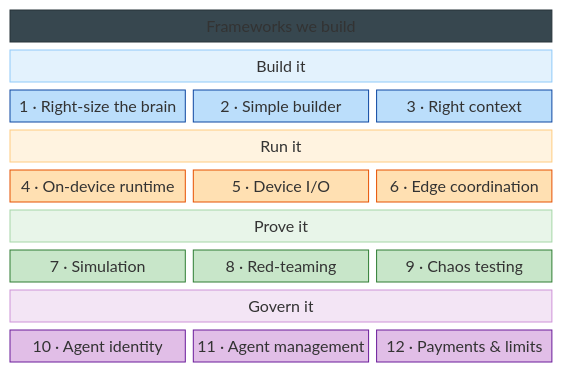
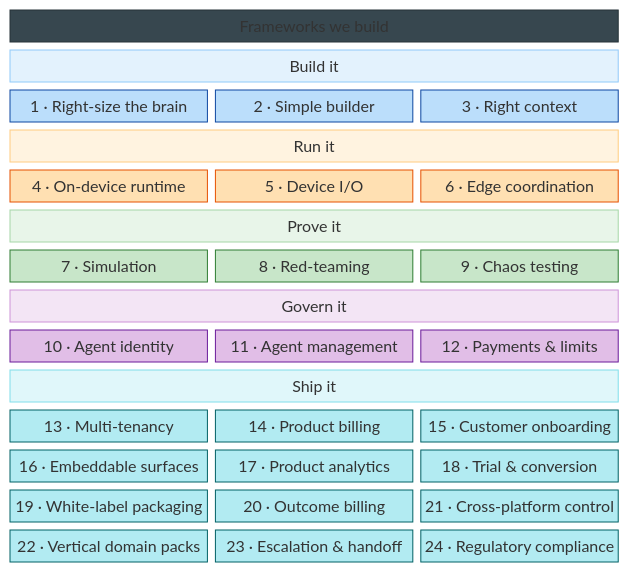
The fourth of 5 diagrams in docs-michael/agentic-stack-vertical.md (michaelatamuk/agentic-desk), drawn with Mermaid before and after one commit. The commit also changed other lines of this file, not shown here.

````diff
--- a/docs-michael/agentic-stack-vertical.md
+++ b/docs-michael/agentic-stack-vertical.md
@@ -111,38 +130,64 @@
 ```mermaid
 block-beta
   columns 3
   H1["Frameworks we build"]:3
   G1["Build it"]:3
   F1["1 · Right-size the brain"]:1
   F2["2 · Simple builder"]:1
   F3["3 · Right context"]:1
   G2["Run it"]:3
   F4["4 · On-device runtime"]:1
   F5["5 · Device I/O"]:1
   F6["6 · Edge coordination"]:1
   G3["Prove it"]:3
   F7["7 · Simulation"]:1
   F8["8 · Red-teaming"]:1
   F9["9 · Chaos testing"]:1
   G4["Govern it"]:3
   F10["10 · Agent identity"]:1
   F11["11 · Agent management"]:1
   F12["12 · Payments & limits"]:1
   style H1 fill:#37474f,color:#ffffff,stroke:#263238
   style G1 fill:#e3f2fd,color:#0d47a1,stroke:#90caf9
   style G2 fill:#fff3e0,color:#e65100,stroke:#ffcc80
   style G3 fill:#e8f5e9,color:#2e7d32,stroke:#a5d6a7
   style G4 fill:#f3e5f5,color:#6a1b9a,stroke:#ce93d8
   style F1 fill:#bbdefb,stroke:#0d47a1,color:#000000
   style F2 fill:#bbdefb,stroke:#0d47a1,color:#000000
   style F3 fill:#bbdefb,stroke:#0d47a1,color:#000000
   style F4 fill:#ffe0b2,stroke:#e65100,color:#000000
   style F5 fill:#ffe0b2,stroke:#e65100,color:#000000
   style F6 fill:#ffe0b2,stroke:#e65100,color:#000000
   style F7 fill:#c8e6c9,stroke:#2e7d32,color:#000000
   style F8 fill:#c8e6c9,stroke:#2e7d32,color:#000000
   style F9 fill:#c8e6c9,stroke:#2e7d32,color:#000000
   style F10 fill:#e1bee7,stroke:#6a1b9a,color:#000000
   style F11 fill:#e1bee7,stroke:#6a1b9a,color:#000000
   style F12 fill:#e1bee7,stroke:#6a1b9a,color:#000000
+  G5["Ship it"]:3
+  F13["13 · Multi-tenancy"]:1
+  F14["14 · Product billing"]:1
+  F15["15 · Customer onboarding"]:1
+  F16["16 · Embeddable surfaces"]:1
+  F17["17 · Product analytics"]:1
+  F18["18 · Trial & conversion"]:1
+  F19["19 · White-label packaging"]:1
+  F20["20 · Outcome billing"]:1
+  F21["21 · Cross-platform control"]:1
+  F22["22 · Vertical domain packs"]:1
+  F23["23 · Escalation & handoff"]:1
+  F24["24 · Regulatory compliance"]:1
+  style G5 fill:#e0f7fa,color:#006064,stroke:#80deea
+  style F13 fill:#b2ebf2,stroke:#006064,color:#000000
+  style F14 fill:#b2ebf2,stroke:#006064,color:#000000
+  style F15 fill:#b2ebf2,stroke:#006064,color:#000000
+  style F16 fill:#b2ebf2,stroke:#006064,color:#000000
+  style F17 fill:#b2ebf2,stroke:#006064,color:#000000
+  style F18 fill:#b2ebf2,stroke:#006064,color:#000000
+  style F19 fill:#b2ebf2,stroke:#006064,color:#000000
+  style F20 fill:#b2ebf2,stroke:#006064,color:#000000
+  style F21 fill:#b2ebf2,stroke:#006064,color:#000000
+  style F22 fill:#b2ebf2,stroke:#006064,color:#000000
+  style F23 fill:#b2ebf2,stroke:#006064,color:#000000
+  style F24 fill:#b2ebf2,stroke:#006064,color:#000000
 ```
````
